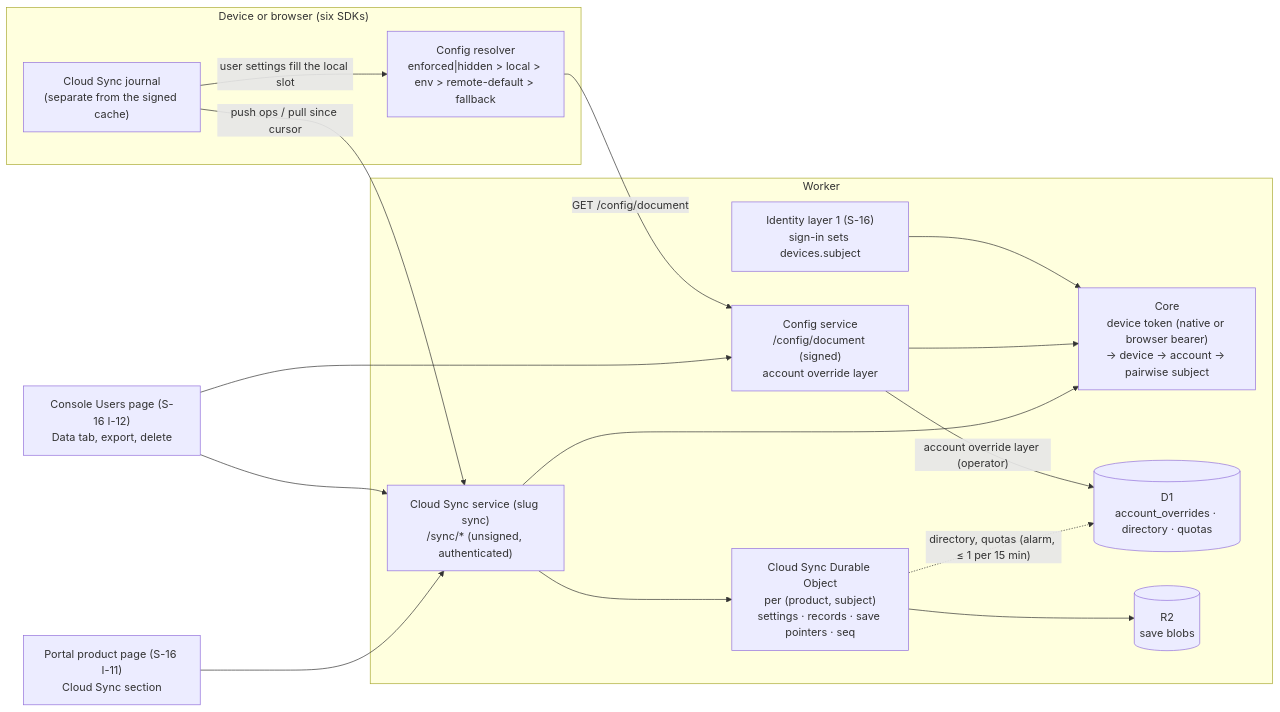
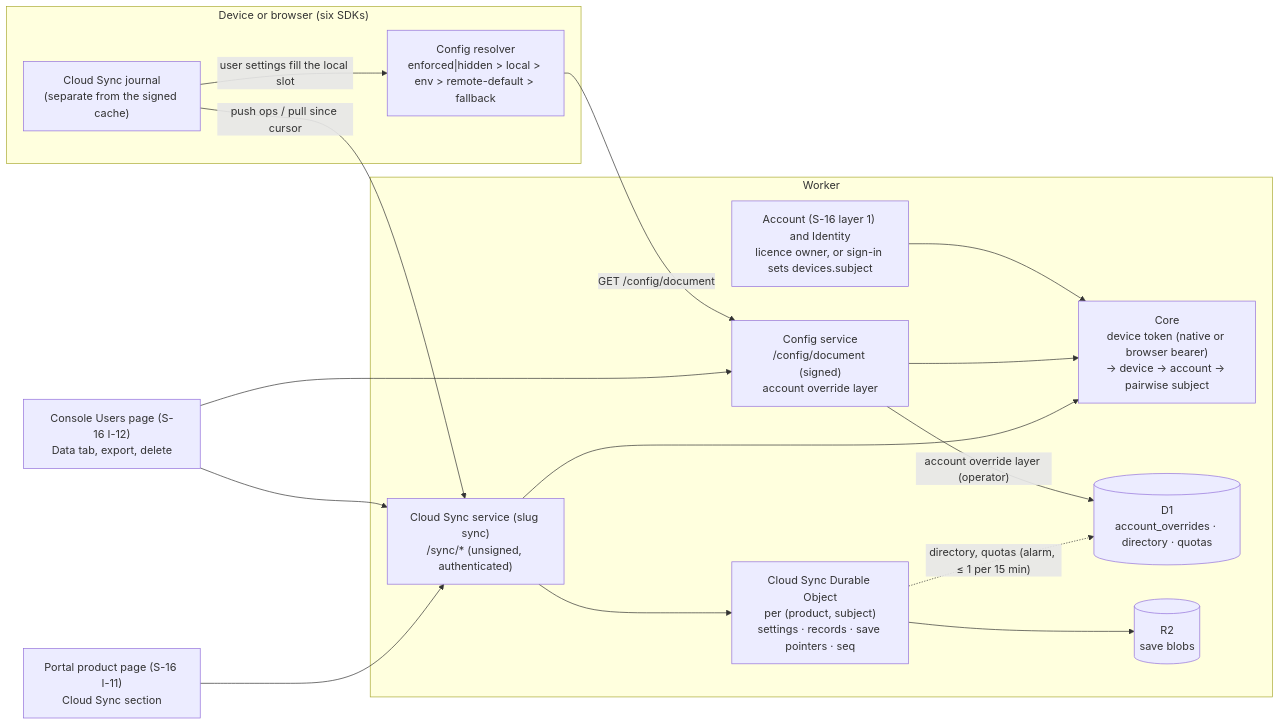
Before and after one commit to vladzaharia/polaris-key: the diagram in docs/research/2026-09-29-godot-omniplatform/notes/S-17-user-data-sync.md, drawn with Mermaid. The commit also changed other lines of this file and 42 other files, not shown here.

Commit message:
Identity + Cloud Sync: owner decisions D17–D23 and the account/service split

````diff
--- a/docs/research/2026-09-29-godot-omniplatform/notes/S-17-user-data-sync.md
+++ b/docs/research/2026-09-29-godot-omniplatform/notes/S-17-user-data-sync.md
@@ -191,29 +238,29 @@
 ```mermaid
 flowchart LR
   subgraph Device["Device or browser (six SDKs)"]
     R["Config resolver<br/>enforced|hidden > local > env > remote-default > fallback"]
     J["Cloud Sync journal<br/>(separate from the signed cache)"]
     J -- "user settings fill the local slot" --> R
   end
   subgraph Worker["Worker"]
     CORE["Core<br/>device token (native or browser bearer)<br/>→ device → account → pairwise subject"]
     CFG["Config service<br/>/config/document (signed)<br/>account override layer"]
     SYNC["Cloud Sync service (slug sync)<br/>/sync/* (unsigned, authenticated)"]
     UDO["Cloud Sync Durable Object<br/>per (product, subject)<br/>settings · records · save pointers · seq"]
     D1[("D1<br/>account_overrides · directory · quotas")]
     R2[("R2<br/>save blobs")]
-    ID["Identity layer 1 (S-16)<br/>sign-in sets devices.subject"]
+    ID["Account (S-16 layer 1) and Identity<br/>licence owner, or sign-in sets devices.subject"]
   end
   ID --> CORE
   R -- "GET /config/document" --> CFG
   J -- "push ops / pull since cursor" --> SYNC
   CFG --> CORE
   SYNC --> CORE
   CFG -- "account override layer (operator)" --> D1
   SYNC --> UDO
   UDO --> R2
   UDO -. "directory, quotas (alarm, ≤ 1 per 15 min)" .-> D1
   CON["Console Users page (S-16 I-12)<br/>Data tab, export, delete"] --> SYNC
   CON --> CFG
   POR["Portal product page (S-16 I-11)<br/>Cloud Sync section"] --> SYNC
 ```
````
